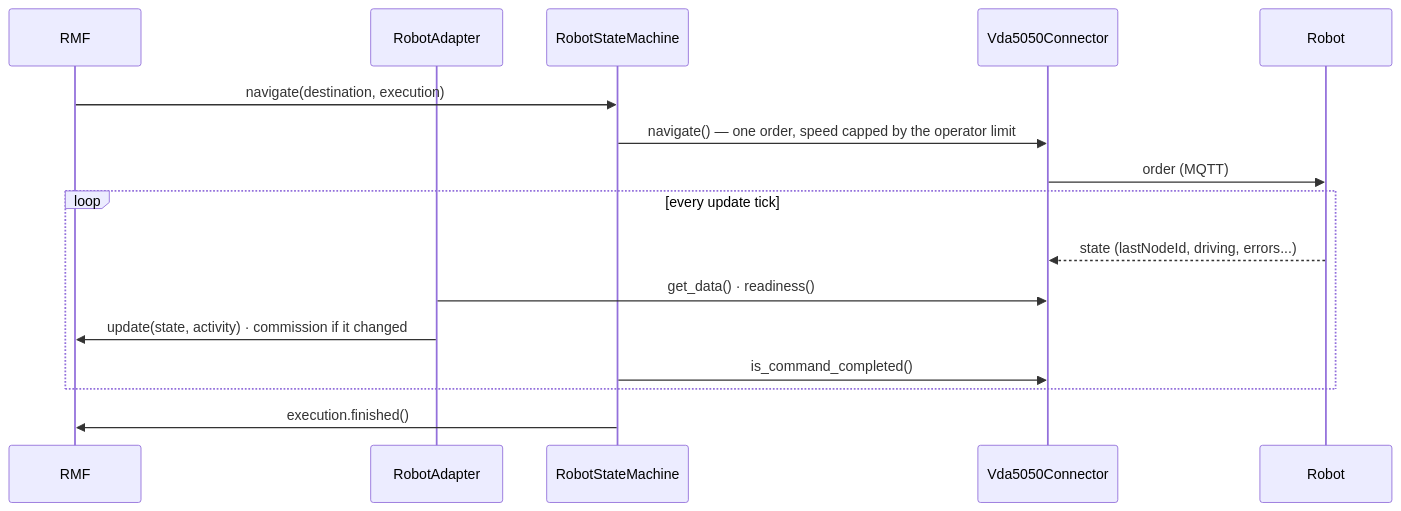
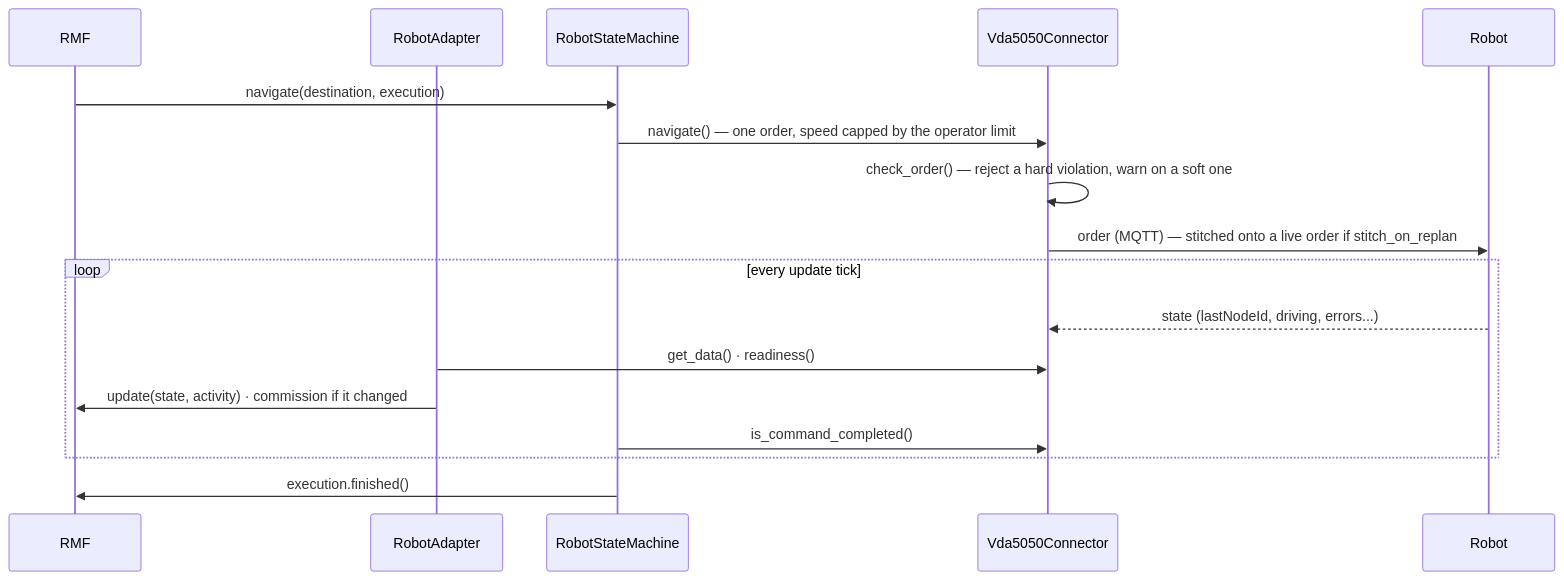
The third of 3 diagrams in vda5050_fleet_adapter/docs/architecture.md (NhatTran-97/eiu-vda5050-support-open-rmf), drawn with Mermaid before and after one commit. The commit also changed other lines of this file and 15 other files, not shown here.

Commit message:
severity-split order validation, opt-in stitch-on-replan

````diff
--- a/vda5050_fleet_adapter/docs/architecture.md
+++ b/vda5050_fleet_adapter/docs/architecture.md
@@ -83,19 +83,20 @@
 ```mermaid
 sequenceDiagram
     participant RMF
     participant RA as RobotAdapter
     participant SM as RobotStateMachine
     participant CN as Vda5050Connector
     participant Robot
 
     RMF->>SM: navigate(destination, execution)
     SM->>CN: navigate() — one order, speed capped by the operator limit
-    CN->>Robot: order (MQTT)
+    CN->>CN: check_order() — reject a hard violation, warn on a soft one
+    CN->>Robot: order (MQTT) — stitched onto a live order if stitch_on_replan
     loop every update tick
         Robot-->>CN: state (lastNodeId, driving, errors...)
         RA->>CN: get_data() · readiness()
         RA->>RMF: update(state, activity) · commission if it changed
         SM->>CN: is_command_completed()
     end
     SM->>RMF: execution.finished()
 ```
````
